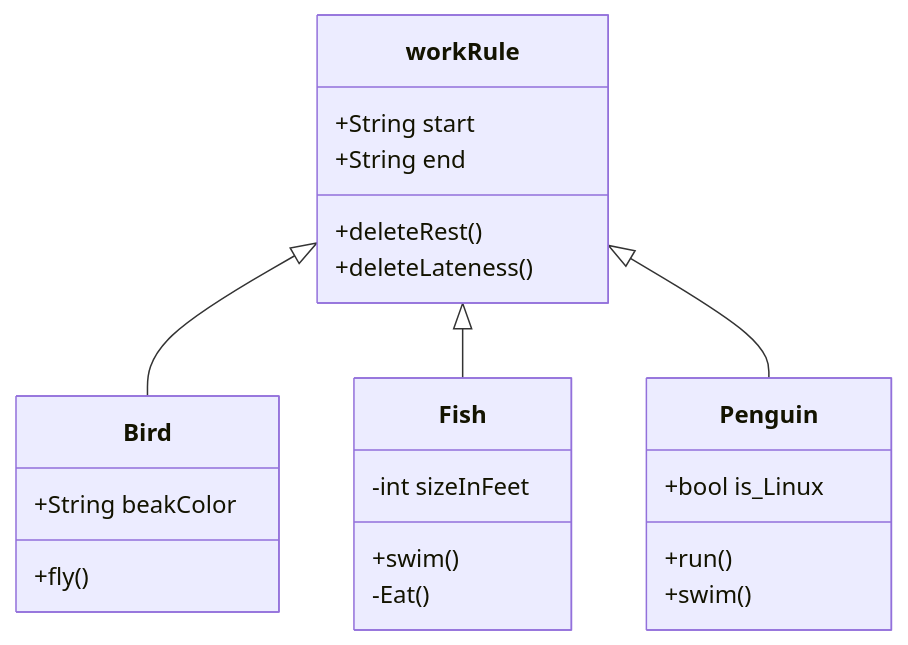
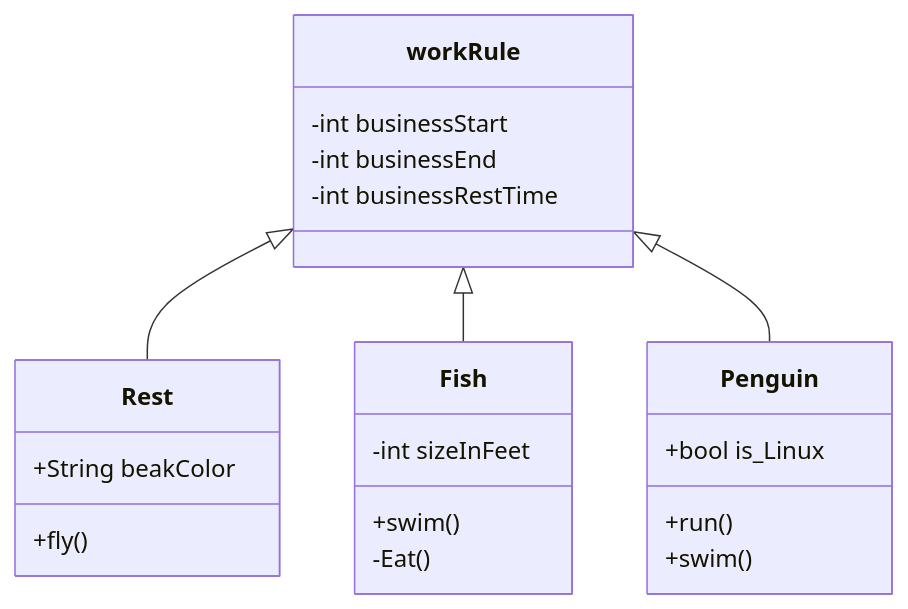
Before and after one commit to biglobe-isp/kintai: the diagram in model.md, drawn with Mermaid.

Commit message:
fix workRule

````diff
--- a/model.md
+++ b/model.md
@@ -1,26 +1,26 @@
 ```mermaid
 classDiagram
-    workRule <|-- Bird
+    workRule <|-- Rest
     workRule <|-- Fish
     workRule <|-- Penguin
-    workRule : +String start
-    workRule : +String end
-    workRule:  +deleteRest()
-    workRule:  +deleteLateness()
-    class Bird{
+    workRule : -int businessStart
+    workRule : -int businessEnd
+    workRule : -int businessRestTime
+
+    class Rest{
         +String beakColor
         +fly()
     }
     class Fish{
         -int sizeInFeet
         +swim()
         -Eat()
     }
     class Penguin{
         +bool is_Linux
         +run()
         +swim()
     }
 
 
 ```
````
